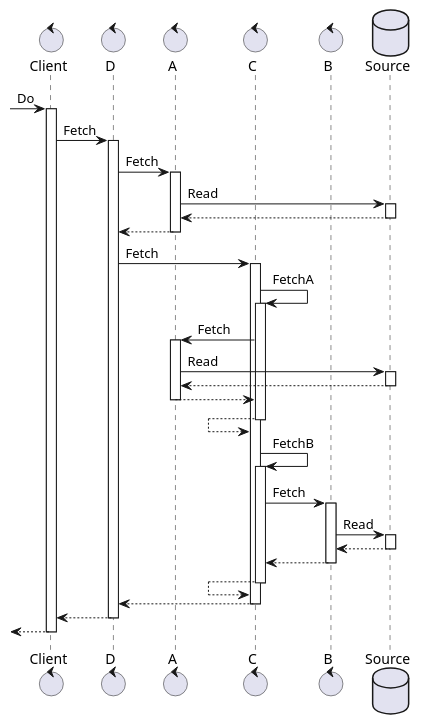
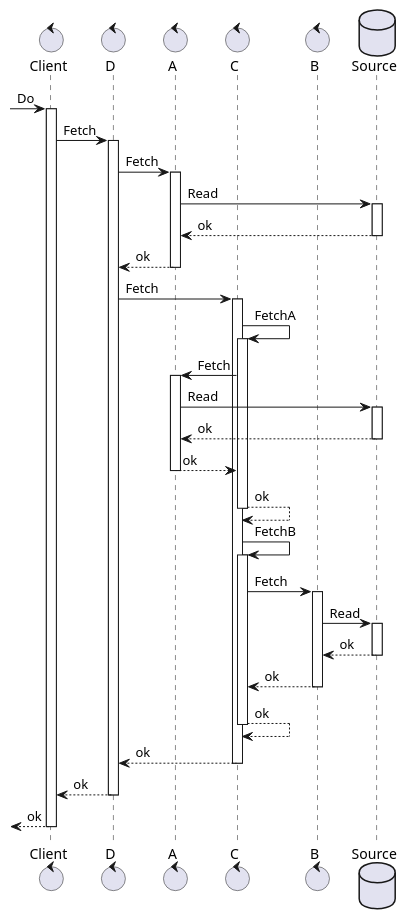
Before and after one commit to anz-bank/sysl: the diagram in pkg/arrai/out/sequence_diagram.puml, drawn with PlantUML. The commit also changed 5 other files, not shown here.

Commit message:
Fix sequence diagram logic and regen

```diff
--- a/pkg/arrai/out/sequence_diagram.puml
+++ b/pkg/arrai/out/sequence_diagram.puml
@@ -1,55 +1,33 @@
 @startuml
 skinparam MaxMessageSize 250
 
 control "Client"
 control "D"
 control "A"
 control "C"
 control "B"
 database "Source"
 
- -> Client : Do
-activate Client
-Client -> D : Fetch
-activate D
-D -> A : Fetch
-activate A
-A -> Source : Read
-activate Source
-A <-- Source
-deactivate Source
-D <-- A
-deactivate A
-D -> C : Fetch
-activate C
-C -> C : FetchA
-activate C
-C -> A : Fetch
-activate A
-A -> Source : Read
-activate Source
-A <-- Source
-deactivate Source
-C <-- A
-deactivate A
-C <-- C
-deactivate C
-C -> C : FetchB
-activate C
-C -> B : Fetch
-activate B
-B -> Source : Read
-activate Source
-B <-- Source
-deactivate Source
-C <-- B
-deactivate B
-C <-- C
-deactivate C
-D <-- C
-deactivate C
-Client <-- D
-deactivate D
- <-- Client
-deactivate Client
+ -> Client ++ : Do
+Client -> D ++ : Fetch
+D -> A ++ : Fetch
+A -> Source ++ : Read
+return ok
+return ok
+D -> C ++ : Fetch
+C -> C ++ : FetchA
+C -> A ++ : Fetch
+A -> Source ++ : Read
+return ok
+return ok
+return ok
+C -> C ++ : FetchB
+C -> B ++ : Fetch
+B -> Source ++ : Read
+return ok
+return ok
+return ok
+return ok
+return ok
+return ok
 @enduml
```
